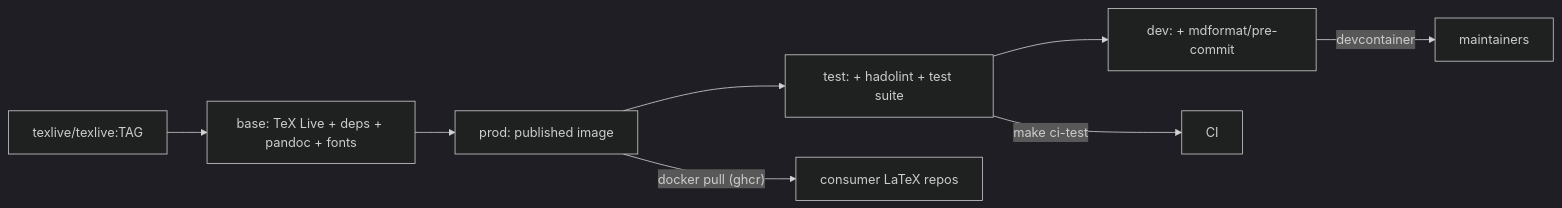
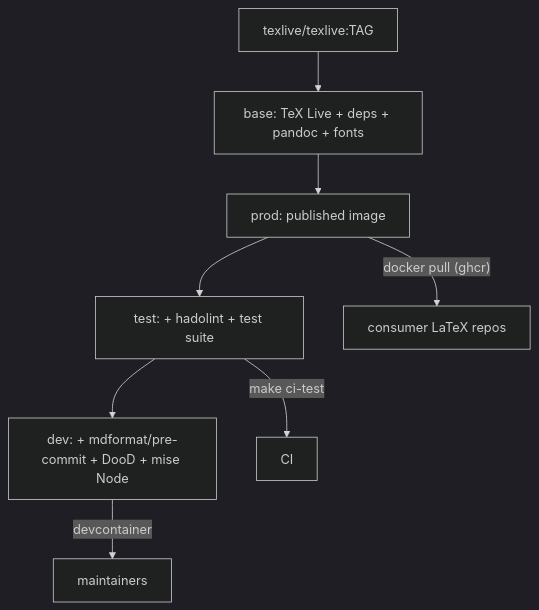
One commit to Vesynta/latex-infrastructure changed the diagram in README.md. Above: the diagram before and after it, drawn with Mermaid (dark theme). The commit also changed other lines of this file and 36 other files, not shown here.

First line of the commit message:
feat(docker): bake DooD into the maintainer DevContainer (#13)

````diff
--- a/README.md
+++ b/README.md
@@ -52,10 +29,10 @@
 ```mermaid
-flowchart LR
+flowchart TB
   src["texlive/texlive:TAG"] --> base["base: TeX Live + deps + pandoc + fonts"]
   base --> prod["prod: published image"]
   prod --> test["test: + hadolint + test suite"]
-  test --> dev["dev: + mdformat/pre-commit"]
+  test --> dev["dev: + mdformat/pre-commit + DooD + mise Node"]
   prod -->|"docker pull (ghcr)"| consumers["consumer LaTeX repos"]
   dev -->|"devcontainer"| maint["maintainers"]
   test -->|"make ci-test"| ci["CI"]
 ```
````
